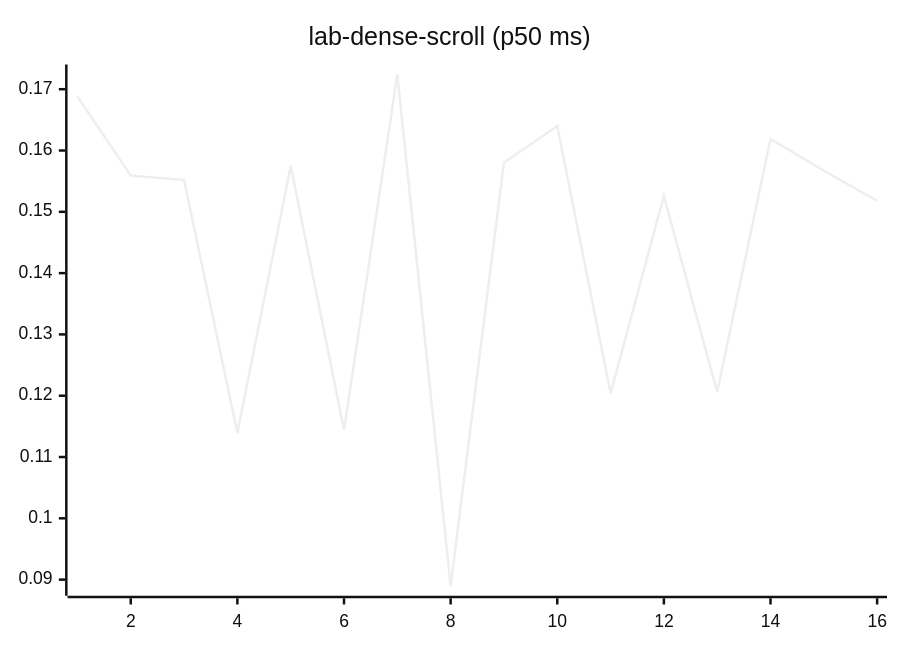
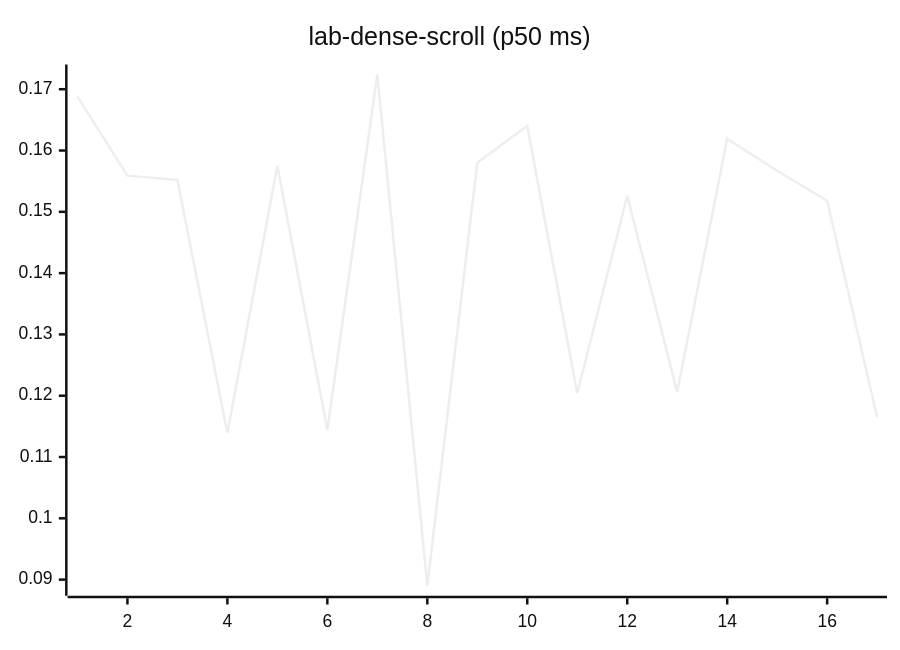
Before and after one commit to josha/Facet: diagram 12 of 27 in README.md, drawn with Mermaid (neutral theme). The commit also changed other lines of this file and 2 other files, not shown here.

````diff
--- a/README.md
+++ b/README.md
@@ -140,6 +140,6 @@
 ```mermaid
 xychart-beta
     title "lab-dense-scroll (p50 ms)"
-    x-axis 1 --> 16
-    line [0.1688, 0.1559, 0.1552, 0.1139, 0.1575, 0.1144, 0.1724, 0.0890, 0.1580, 0.1640, 0.1204, 0.1526, 0.1206, 0.1619, 0.1567, 0.1518]
+    x-axis 1 --> 17
+    line [0.1688, 0.1559, 0.1552, 0.1139, 0.1575, 0.1144, 0.1724, 0.0890, 0.1580, 0.1640, 0.1204, 0.1526, 0.1206, 0.1619, 0.1567, 0.1518, 0.1165]
 ```
````
